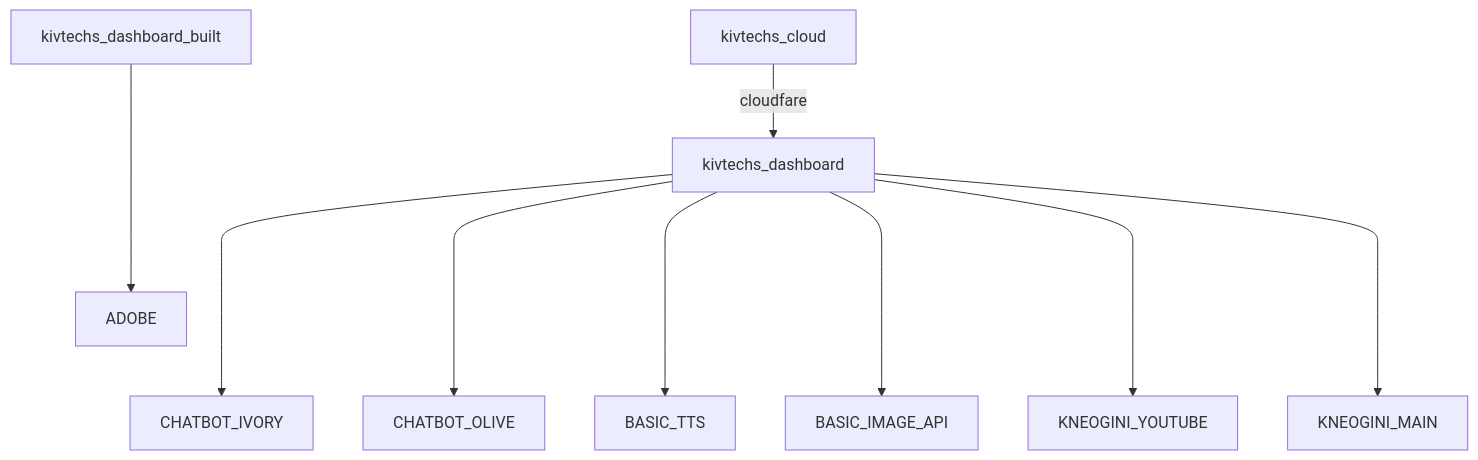
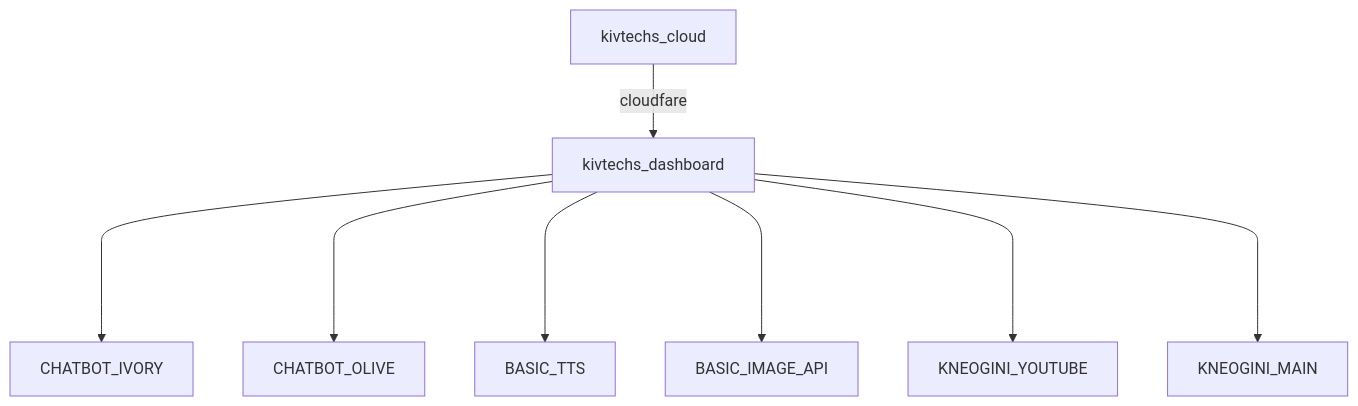
One commit to kivtechs-uml/kivtechs-uml changed the diagram in README.md. Above: the diagram before and after it, drawn with Mermaid.

````diff
--- a/README.md
+++ b/README.md
@@ -5,12 +5,12 @@
 ```mermaid
 graph
     kivtechs_cloud -- cloudfare --> kivtechs_dashboard
     kivtechs_dashboard ----> CHATBOT_IVORY
     kivtechs_dashboard ----> CHATBOT_OLIVE
      kivtechs_dashboard ----> BASIC_TTS
      kivtechs_dashboard ----> BASIC_IMAGE_API
      kivtechs_dashboard ----> KNEOGINI_YOUTUBE
      kivtechs_dashboard ----> KNEOGINI_MAIN
-     kivtechs_dashboard_built ----> ADOBE
+
 
 ```
````
